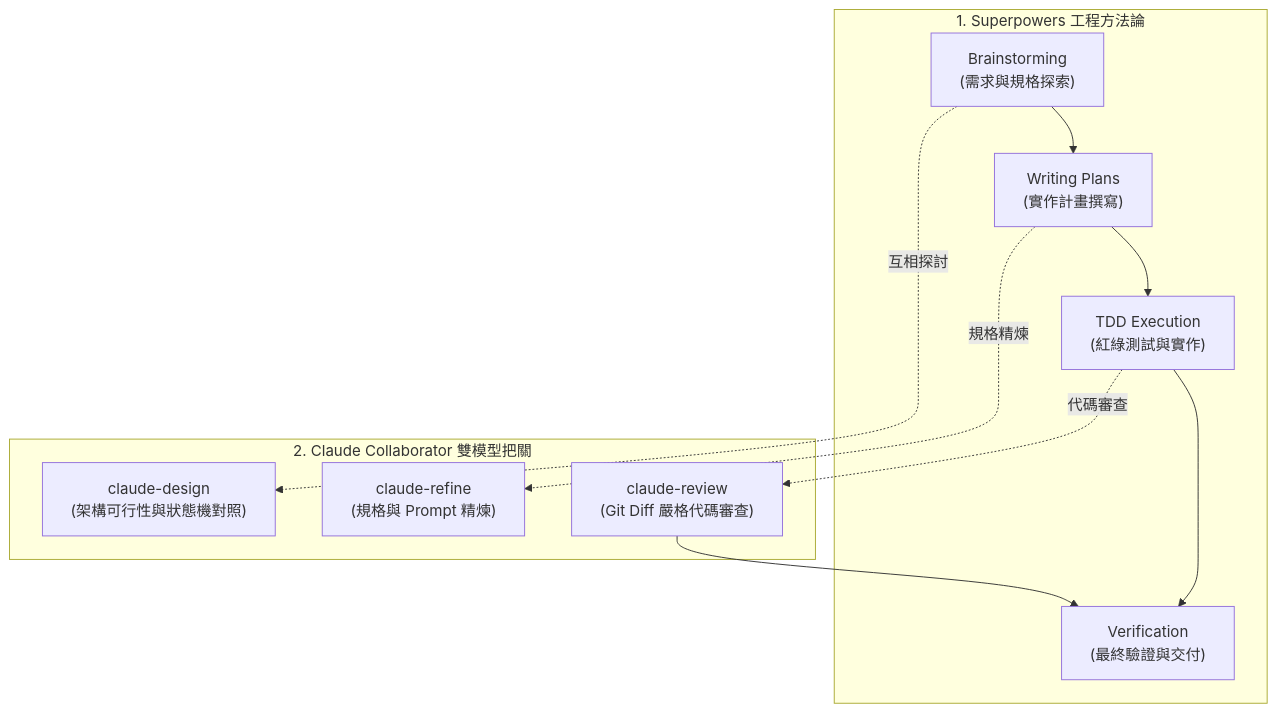
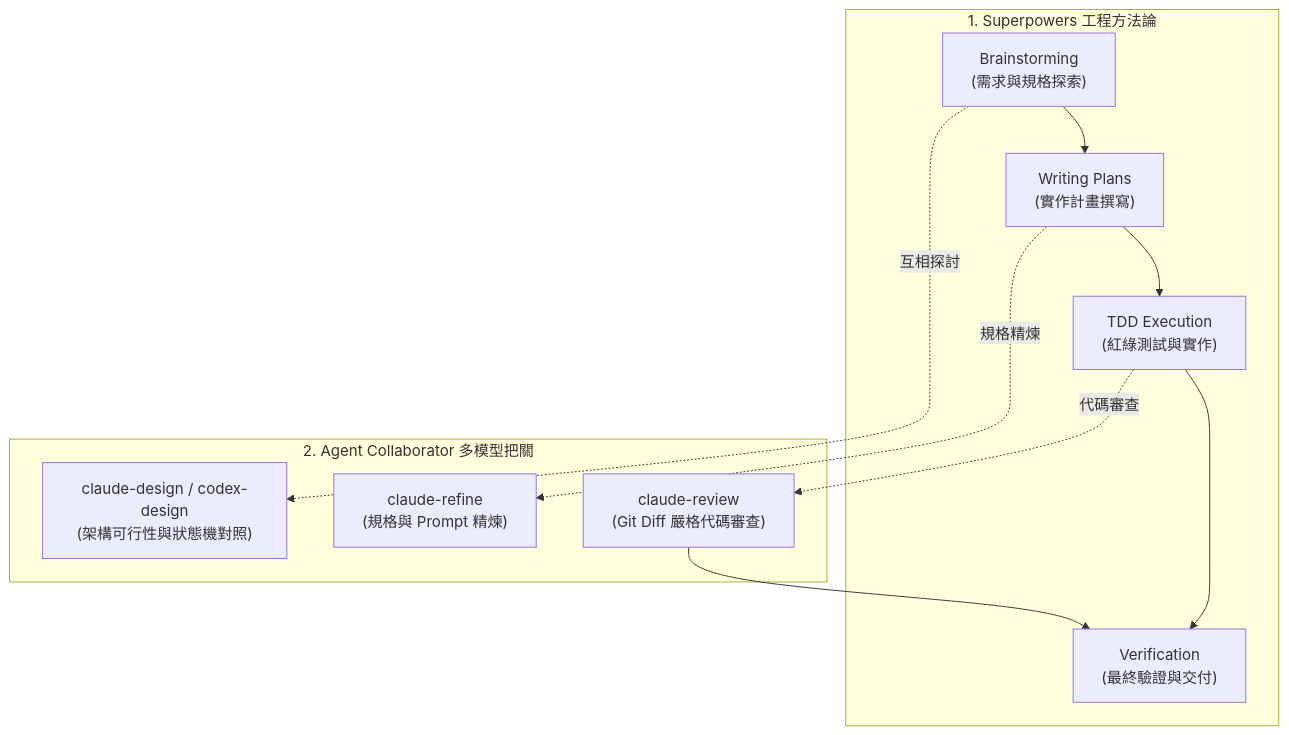
Before and after one commit to gogog22510/agent-collaborator: the second of 2 diagrams in README.md, drawn with Mermaid. The commit also changed other lines of this file and 6 other files, not shown here.

Commit message:
feat: rename project to agent-collaborator for multi-agent support

````diff
--- a/README.md
+++ b/README.md
@@ -79,19 +98,19 @@
 ```mermaid
 flowchart TD
     subgraph Superpowers["1. Superpowers 工程方法論"]
         B["Brainstorming<br/>(需求與規格探索)"] --> P["Writing Plans<br/>(實作計畫撰寫)"]
         P --> T["TDD Execution<br/>(紅綠測試與實作)"]
         T --> V["Verification<br/>(最終驗證與交付)"]
     end
 
-    subgraph ClaudeReview["2. Claude Collaborator 雙模型把關"]
-        CD["claude-design<br/>(架構可行性與狀態機對照)"]
+    subgraph PeerReview["2. Agent Collaborator 多模型把關"]
+        CD["claude-design / codex-design<br/>(架構可行性與狀態機對照)"]
         CR["claude-refine<br/>(規格與 Prompt 精煉)"]
         CW["claude-review<br/>(Git Diff 嚴格代碼審查)"]
     end
 
     B -.->|互相探討| CD
     P -.->|規格精煉| CR
     T -.->|代碼審查| CW
     CW --> V
 ```
````
